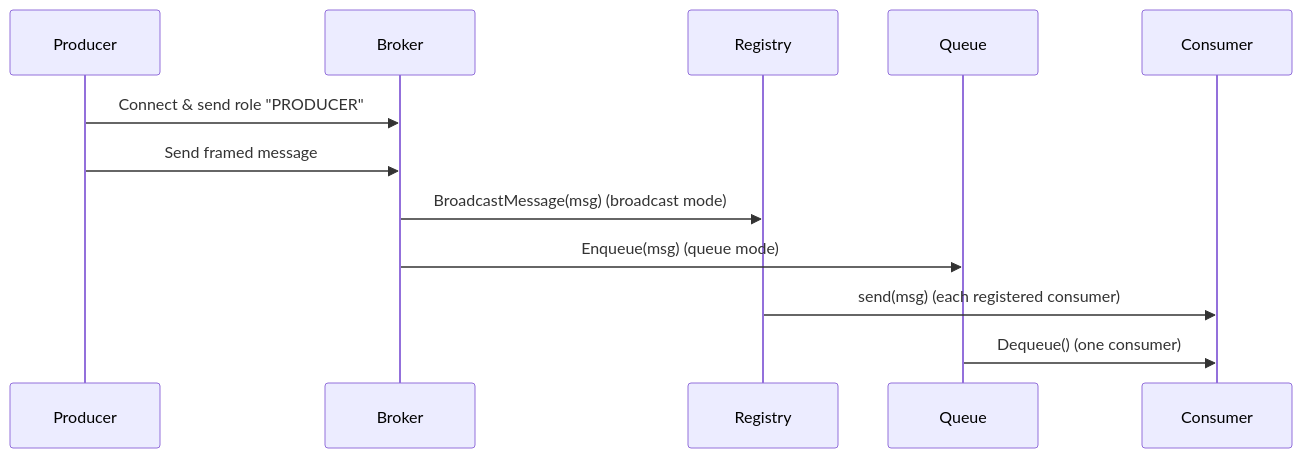
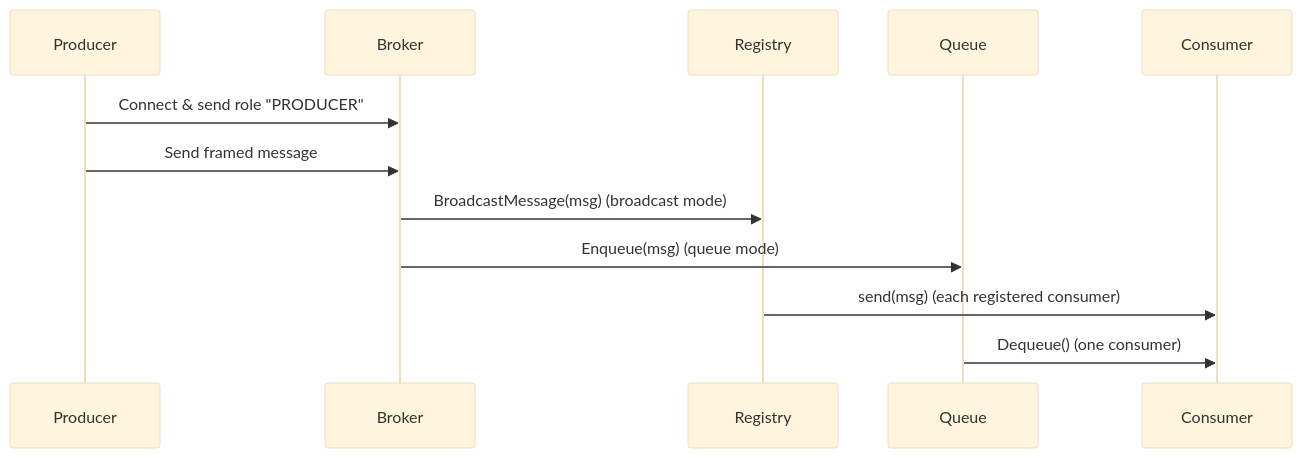
The diagram in message_queue_architecture.md (narinder-kaur/message-queue), drawn with Mermaid before and after one commit. The commit also changed 15 other files, not shown here.

````diff
--- a/message_queue_architecture.md
+++ b/message_queue_architecture.md
@@ -27,14 +27,15 @@
 ```mermaid
+%%{init: {"theme":"base"}}%%
 sequenceDiagram
-    participant Producer
-    participant Broker
-    participant Registry
-    participant Queue
-    participant Consumer
-    Producer->>Broker: Connect & send role "PRODUCER"
-    Producer->>Broker: Send framed message
-    Broker->>Registry: BroadcastMessage(msg) (broadcast mode)
-    Broker->>Queue: Enqueue(msg) (queue mode)
-    Registry->>Consumer: send(msg) (each registered consumer)
-    Queue->>Consumer: Dequeue() (one consumer)
+    participant P as Producer
+    participant B as Broker
+    participant R as Registry
+    participant Q as Queue
+    participant C as Consumer
+    P->>B: Connect & send role "PRODUCER"
+    P->>B: Send framed message
+    B->>R: BroadcastMessage(msg) (broadcast mode)
+    B->>Q: Enqueue(msg) (queue mode)
+    R->>C: send(msg) (each registered consumer)
+    Q->>C: Dequeue() (one consumer)
 ```
````
